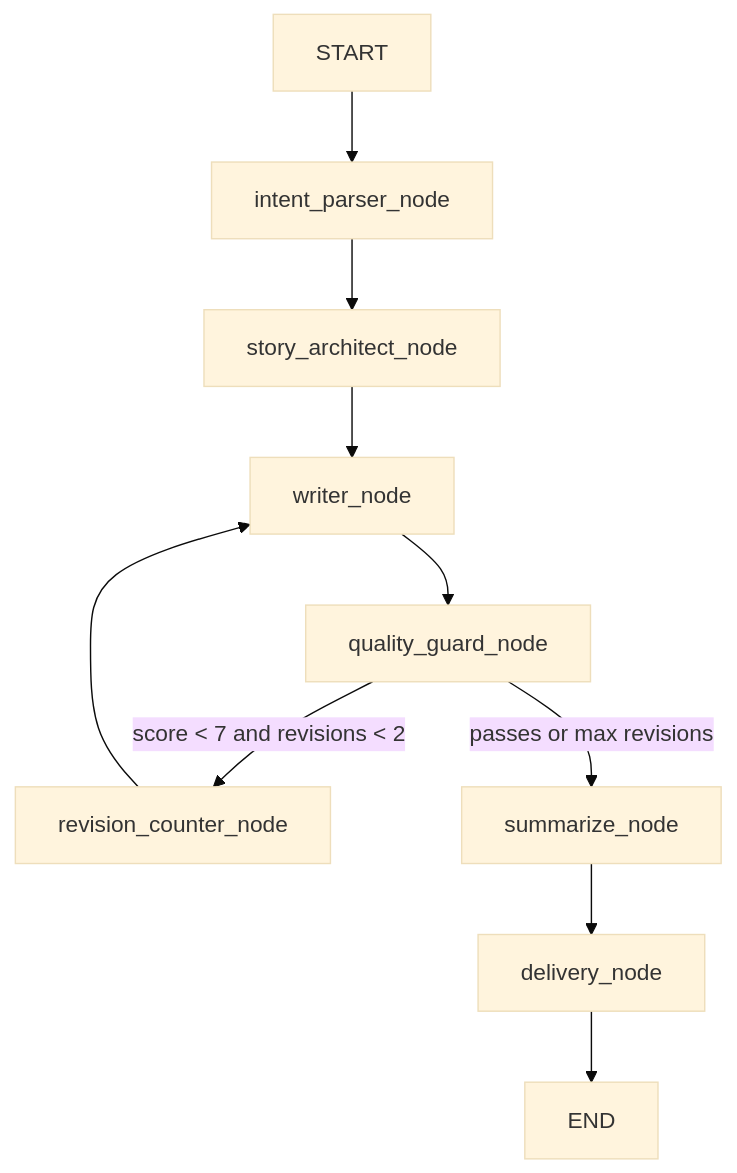
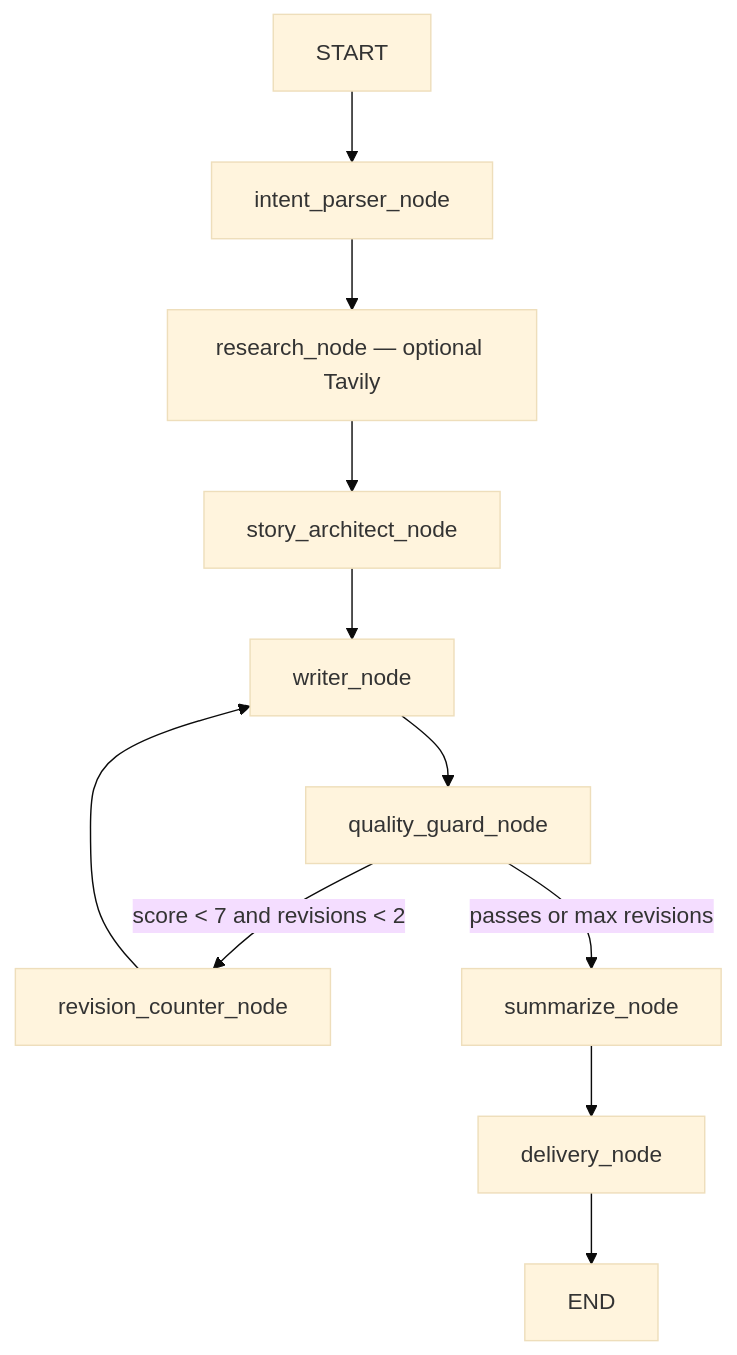
One commit to ChanMeng666/fanfic-lab changed the third of 4 diagrams in README.md. Above: the diagram before and after it, drawn with Mermaid (base theme). The commit also changed other lines of this file and 10 other files, not shown here.

First line of the commit message:
feat: wire Tavily fandom research into the DreamWriter pipeline

````diff
--- a/README.md
+++ b/README.md
@@ -345,12 +346,13 @@
 ```mermaid
 graph TD
     A[START] --> B[intent_parser_node]
-    B --> C[story_architect_node]
+    B --> RS[research_node — optional Tavily]
+    RS --> C[story_architect_node]
     C --> D[writer_node]
     D --> E[quality_guard_node]
     E -->|score < 7 and revisions < 2| R[revision_counter_node]
     R --> D
     E -->|passes or max revisions| F[summarize_node]
     F --> G[delivery_node]
     G --> H[END]
 ```
````
